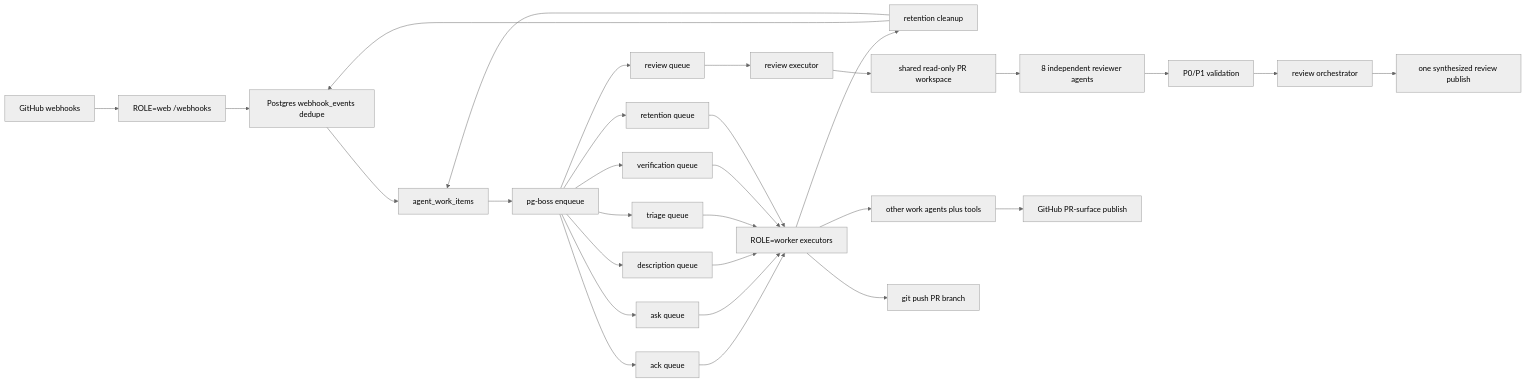
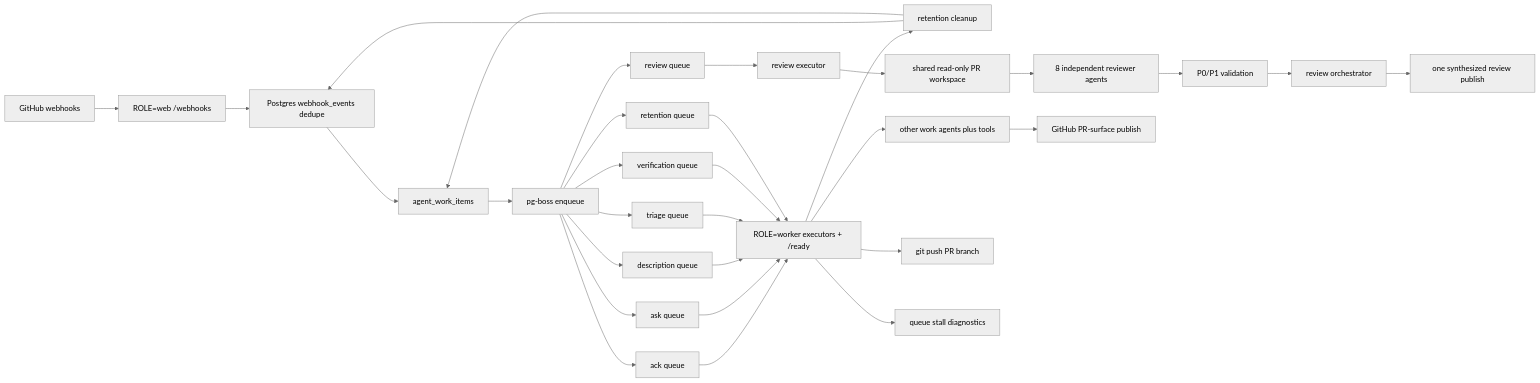
Before and after one commit to prathamdby/pr-agent: the diagram in README.md, drawn with Mermaid (neutral theme). The commit also changed other lines of this file and 26 other files, not shown here.

````diff
--- a/README.md
+++ b/README.md
@@ -198,32 +200,33 @@
 ```mermaid
 flowchart LR
   GitHub[GitHub webhooks] --> Web["ROLE=web /webhooks"]
   Web --> Dedupe[Postgres webhook_events dedupe]
   Dedupe --> Items[agent_work_items]
   Items --> Boss[pg-boss enqueue]
   Boss --> AckQ[ack queue]
   Boss --> RevQ[review queue]
   Boss --> AskQ[ask queue]
   Boss --> DescQ[description queue]
   Boss --> TriageQ[triage queue]
   Boss --> VerifQ[verification queue]
   Boss --> RetQ[retention queue]
-  AckQ --> Worker["ROLE=worker executors"]
+  AckQ --> Worker["ROLE=worker executors + /ready"]
   RevQ --> ReviewExec[review executor]
   AskQ --> Worker
   DescQ --> Worker
   TriageQ --> Worker
   VerifQ --> Worker
   RetQ --> Worker
   Worker --> Retention[retention cleanup]
   Retention --> Dedupe
   Retention --> Items
   ReviewExec --> Workspace[shared read-only PR workspace]
   Workspace --> Reviewers[8 independent reviewer agents]
   Reviewers --> Validate[P0/P1 validation]
   Validate --> Orchestrator[review orchestrator]
   Orchestrator --> ReviewPublish[one synthesized review publish]
   Worker --> LLM[other work agents plus tools]
   LLM --> Publish[GitHub PR-surface publish]
   Worker --> Push[git push PR branch]
+  Worker --> StallDiag[queue stall diagnostics]
 ```
````
